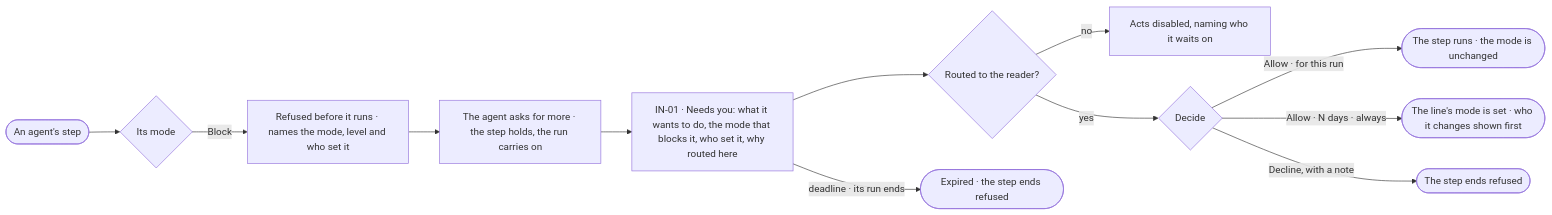
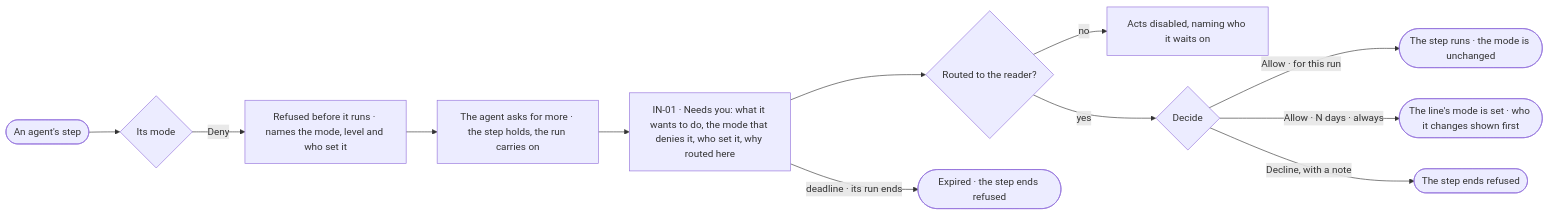
The diagram in specs/products/settings/features/ST-F02-people-and-access/stories/ST-31-a-blocked-agent-asks-for-more/story.md (invana/invana), drawn with Mermaid before and after one commit. The commit also changed other lines of this file and 30 other files, not shown here.

First line of the commit message:
docs: agent modes read Allow · Ask · Deny, set per Graph and per agent

````diff
--- a/specs/products/settings/features/ST-F02-people-and-access/stories/ST-31-a-blocked-agent-asks-for-more/story.md
+++ b/specs/products/settings/features/ST-F02-people-and-access/stories/ST-31-a-blocked-agent-asks-for-more/story.md
@@ -27,14 +27,14 @@
 ```mermaid
 flowchart LR
   s([An agent's step]) --> b{"Its mode"}
-  b -->|Block| r["Refused before it runs · names the mode, level and who set it"]
+  b -->|Deny| r["Refused before it runs · names the mode, level and who set it"]
   r --> a["The agent asks for more · the step holds, the run carries on"]
-  a --> n["IN-01 · Needs you: what it wants to do, the mode that blocks it, who set it, why routed here"]
+  a --> n["IN-01 · Needs you: what it wants to do, the mode that denies it, who set it, why routed here"]
   n --> w{"Routed to the reader?"}
   w -->|no| ro["Acts disabled, naming who it waits on"]
   w -->|yes| d{"Decide"}
   d -->|Allow · for this run| go(["The step runs · the mode is unchanged"])
   d -->|Allow · N days · always| line(["The line's mode is set · who it changes shown first"])
   d -->|Decline, with a note| no(["The step ends refused"])
   n -->|deadline · its run ends| ex(["Expired · the step ends refused"])
 ```
````
